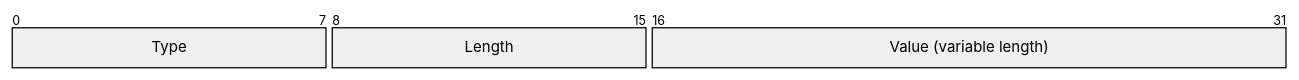
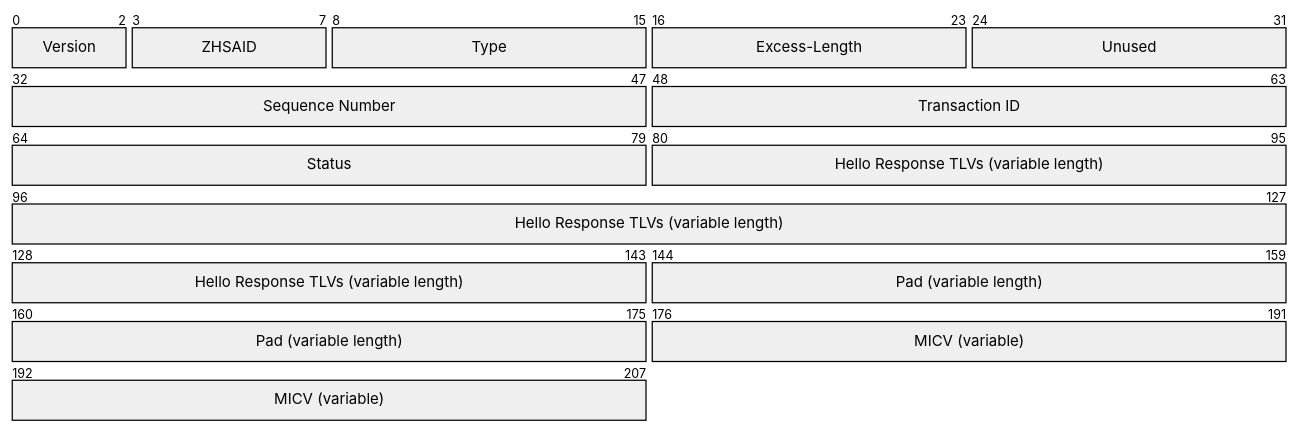
Before and after one commit to org-zpr/zpr-rfcs: diagram 15 of 43 in src/17-ZPR-Data-Protocol/body.md, drawn with Mermaid. The commit also changed other lines of this file, not shown here.

````diff
--- a/src/17-ZPR-Data-Protocol/body.md
+++ b/src/17-ZPR-Data-Protocol/body.md
@@ -2742,7 +2761,15 @@
 ``` mermaid
-%%| fig-cap: TLV Format
+%%| fig-cap: Hello Response Format
 packet
++3: "Version"
++5: "ZHSAID"
 +8: "Type"
-+8: "Length"
-+16: "Value (variable length)"
++8: "Excess-Length"
++8: "Unused"
++16: "Sequence Number"
++16: "Transaction ID"
++16: "Status"
++64: "Hello Response TLVs (variable length)"
++32: "Pad (variable length)"
++32: "MICV (variable)"
 ```
````
